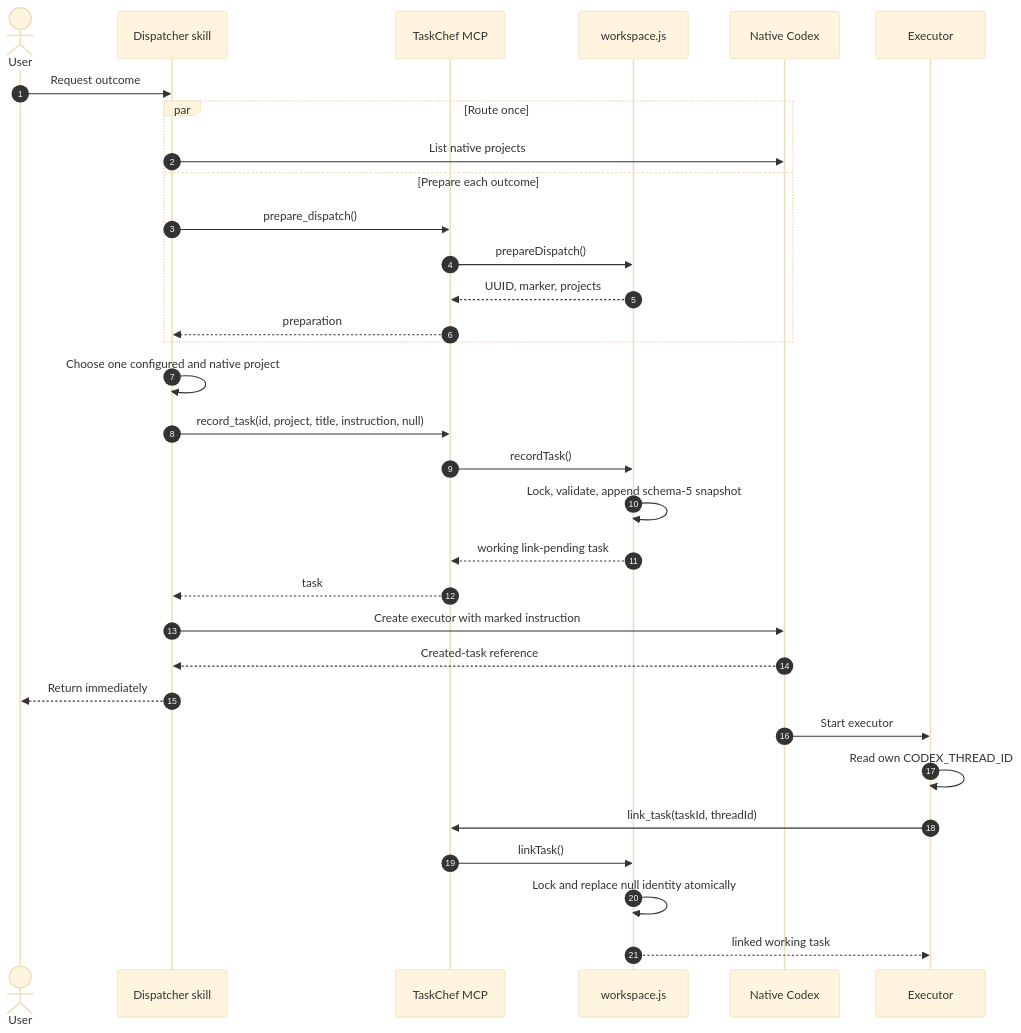
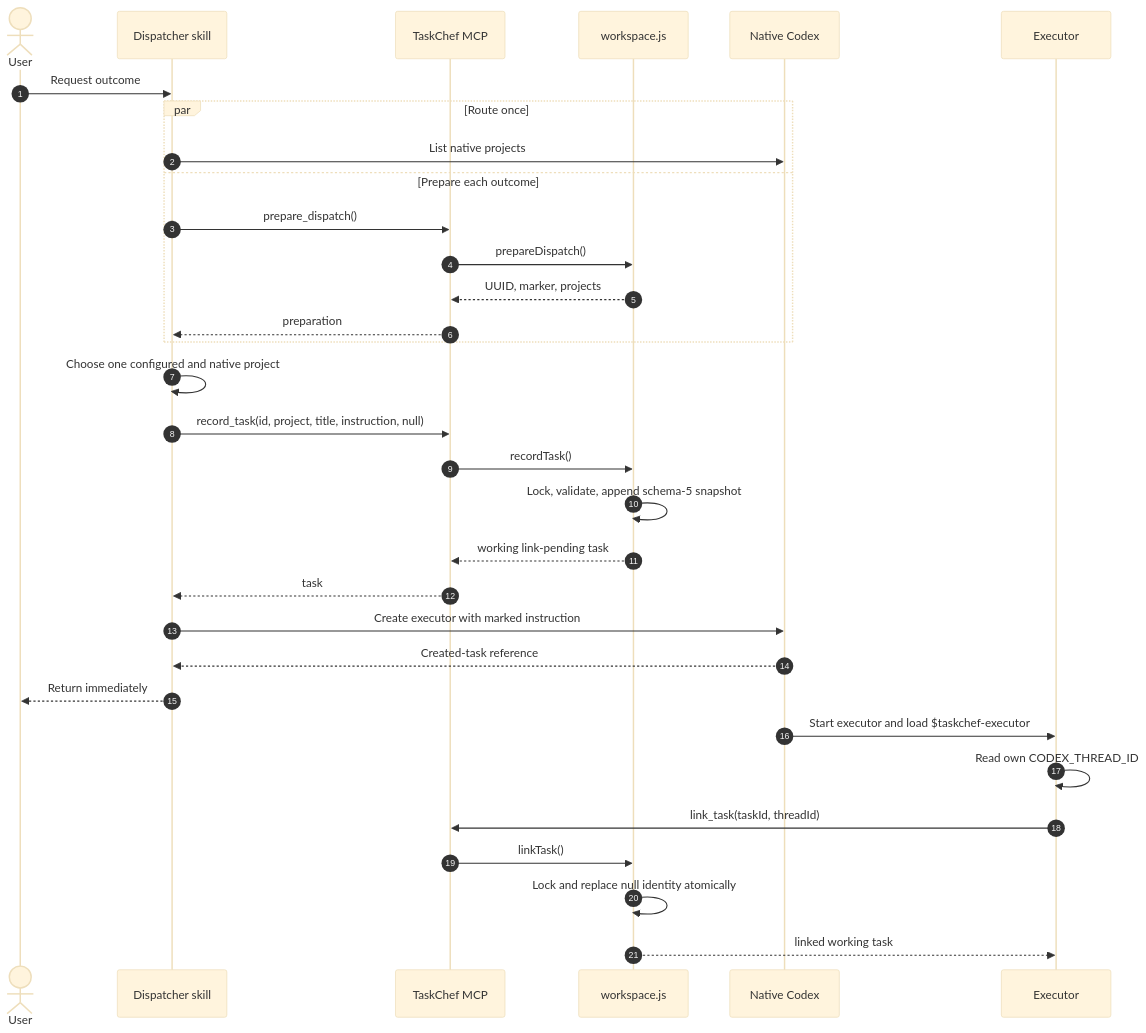
One commit to favoyang/taskchef changed the first of 6 diagrams in docs/workflows.md. Above: the diagram before and after it, drawn with Mermaid (base theme). The commit also changed other lines of this file and 14 other files, not shown here.

````diff
--- a/docs/workflows.md
+++ b/docs/workflows.md
@@ -31,34 +32,34 @@
 ```mermaid
 sequenceDiagram
   autonumber
   actor U as User
   participant D as Dispatcher skill
   participant M as TaskChef MCP
   participant W as workspace.js
   participant C as Native Codex
   participant E as Executor
   U->>D: Request outcome
   par Route once
     D->>C: List native projects
   and Prepare each outcome
     D->>M: prepare_dispatch()
     M->>W: prepareDispatch()
     W-->>M: UUID, marker, projects
     M-->>D: preparation
   end
   D->>D: Choose one configured and native project
   D->>M: record_task(id, project, title, instruction, null)
   M->>W: recordTask()
   W->>W: Lock, validate, append schema-5 snapshot
   W-->>M: working link-pending task
   M-->>D: task
   D->>C: Create executor with marked instruction
   C-->>D: Created-task reference
   D-->>U: Return immediately
-  C->>E: Start executor
+  C->>E: Start executor and load $taskchef-executor
   E->>E: Read own CODEX_THREAD_ID
   E->>M: link_task(taskId, threadId)
   M->>W: linkTask()
   W->>W: Lock and replace null identity atomically
   W-->>E: linked working task
 ```
````
